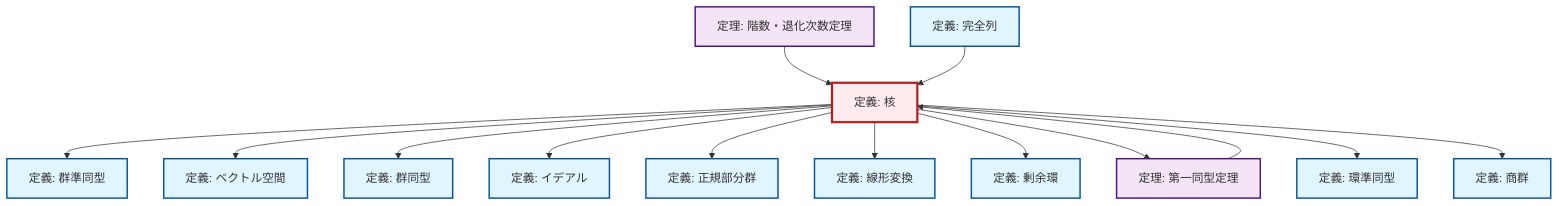
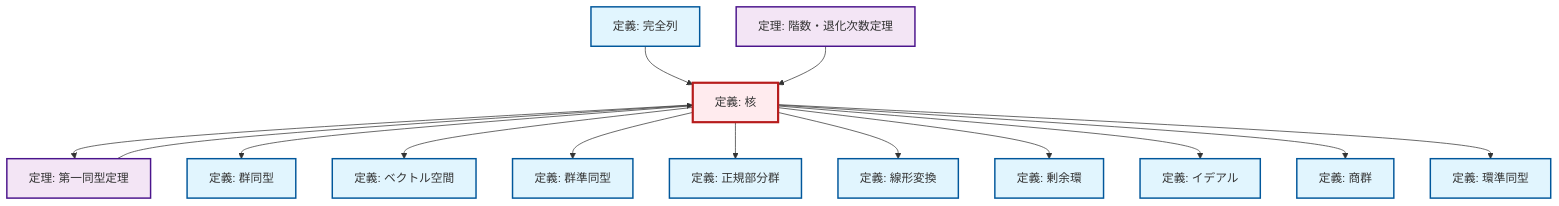
Before and after one commit to RK0429/ModernMath: the diagram in content/ja/algebra/def-kernel.qmd, drawn with Mermaid. The commit also changed 672 other files, not shown here.

````diff
--- a/content/ja/algebra/def-kernel.qmd
+++ b/content/ja/algebra/def-kernel.qmd
@@ -83,48 +83,48 @@
 ```{mermaid}
-%%| fig-cap: "Local dependency graph"
+%%| fig-cap: "ローカル依存関係グラフ"
 graph TD
     classDef definition fill:#e1f5fe,stroke:#01579b,stroke-width:2px
     classDef theorem fill:#f3e5f5,stroke:#4a148c,stroke-width:2px
     classDef axiom fill:#fff3e0,stroke:#e65100,stroke-width:2px
     classDef example fill:#e8f5e9,stroke:#1b5e20,stroke-width:2px
     classDef current fill:#ffebee,stroke:#b71c1c,stroke-width:3px
+    def-normal-subgroup["定義: 正規部分群"]:::definition
+    thm-rank-nullity["定理: 階数・退化次数定理"]:::theorem
+    def-quotient-group["定義: 商群"]:::definition
+    def-exact-sequence["定義: 完全列"]:::definition
+    def-isomorphism["定義: 群同型"]:::definition
+    def-ring-homomorphism["定義: 環準同型"]:::definition
+    def-linear-transformation["定義: 線形変換"]:::definition
+    thm-first-isomorphism["定理: 第一同型定理"]:::theorem
+    def-homomorphism["定義: 群準同型"]:::definition
+    def-ideal["定義: イデアル"]:::definition
+    def-quotient-ring["定義: 剰余環"]:::definition
     def-kernel["定義: 核"]:::definition
-    def-exact-sequence["定義: 完全列"]:::definition
-    def-ring-homomorphism["定義: 環準同型"]:::definition
     def-vector-space["定義: ベクトル空間"]:::definition
-    def-isomorphism["定義: 群同型"]:::definition
-    def-linear-transformation["定義: 線形変換"]:::definition
-    thm-rank-nullity["定理: 階数・退化次数定理"]:::theorem
-    thm-first-isomorphism["定理: 第一同型定理"]:::theorem
-    def-normal-subgroup["定義: 正規部分群"]:::definition
-    def-quotient-ring["定義: 剰余環"]:::definition
-    def-homomorphism["定義: 群準同型"]:::definition
-    def-quotient-group["定義: 商群"]:::definition
-    def-ideal["定義: イデアル"]:::definition
+    def-kernel --> thm-first-isomorphism
+    def-kernel --> def-isomorphism
+    thm-first-isomorphism --> def-kernel
+    def-kernel --> def-vector-space
+    def-exact-sequence --> def-kernel
     thm-rank-nullity --> def-kernel
     def-kernel --> def-homomorphism
-    def-exact-sequence --> def-kernel
-    def-kernel --> def-vector-space
-    def-kernel --> def-isomorphism
-    def-kernel --> def-ideal
     def-kernel --> def-normal-subgroup
-    thm-first-isomorphism --> def-kernel
     def-kernel --> def-linear-transformation
     def-kernel --> def-quotient-ring
-    def-kernel --> thm-first-isomorphism
+    def-kernel --> def-ideal
+    def-kernel --> def-quotient-group
     def-kernel --> def-ring-homomorphism
-    def-kernel --> def-quotient-group
     class def-kernel current
+    click def-normal-subgroup "def-normal-subgroup.html" "正規部分群の定義へ"
+    click thm-rank-nullity "thm-rank-nullity.html" "階数・退化次数定理の定理へ"
+    click def-quotient-group "def-quotient-group.html" "商群の定義へ"
     click def-exact-sequence "def-exact-sequence.html" "完全列の定義へ"
+    click def-isomorphism "def-isomorphism.html" "群同型の定義へ"
     click def-ring-homomorphism "def-ring-homomorphism.html" "環準同型の定義へ"
+    click def-linear-transformation "def-linear-transformation.html" "線形変換の定義へ"
+    click thm-first-isomorphism "thm-first-isomorphism.html" "第一同型定理の定理へ"
+    click def-homomorphism "def-homomorphism.html" "群準同型の定義へ"
+    click def-ideal "def-ideal.html" "イデアルの定義へ"
+    click def-quotient-ring "def-quotient-ring.html" "剰余環の定義へ"
     click def-vector-space "def-vector-space.html" "ベクトル空間の定義へ"
-    click def-isomorphism "def-isomorphism.html" "群同型の定義へ"
-    click def-linear-transformation "def-linear-transformation.html" "線形変換の定義へ"
-    click thm-rank-nullity "thm-rank-nullity.html" "階数・退化次数定理の定理へ"
-    click thm-first-isomorphism "thm-first-isomorphism.html" "第一同型定理の定理へ"
-    click def-normal-subgroup "def-normal-subgroup.html" "正規部分群の定義へ"
-    click def-quotient-ring "def-quotient-ring.html" "剰余環の定義へ"
-    click def-homomorphism "def-homomorphism.html" "群準同型の定義へ"
-    click def-quotient-group "def-quotient-group.html" "商群の定義へ"
-    click def-ideal "def-ideal.html" "イデアルの定義へ"
 ```
````
